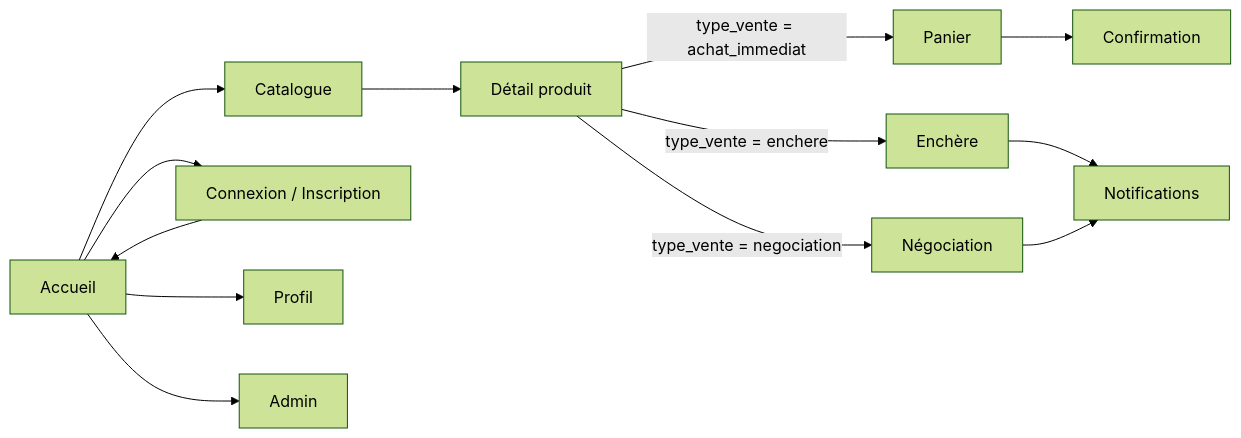
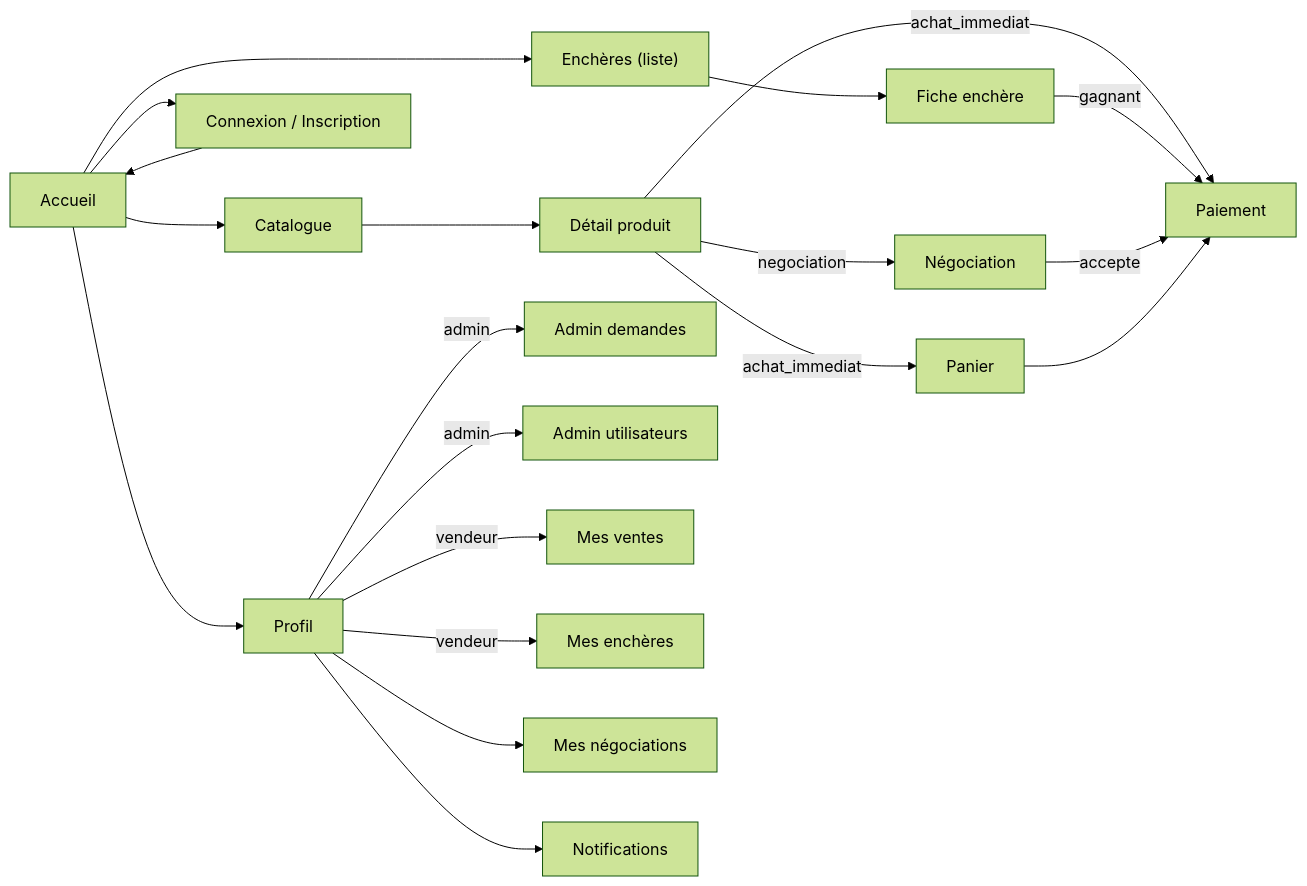
The second of 13 diagrams in docs/architecture.md (zendarc147/Mercato-Nova), drawn with Mermaid (forest theme) before and after one commit. The commit also changed other lines of this file and 33 other files, not shown here.

Commit message:
feat: intégration finale livrable 2 — pages, API, notifications, profil, admin

````diff
--- a/docs/architecture.md
+++ b/docs/architecture.md
@@ -84,15 +100,22 @@
 ```mermaid
 flowchart LR
     HOME["Accueil"] --> CAT["Catalogue"]
+    HOME --> ENC_LIST["Enchères (liste)"]
     CAT --> PROD["Détail produit"]
-    PROD -->|"type_vente = achat_immediat"| PAN["Panier"]
-    PROD -->|"type_vente = enchere"| ENC["Enchère"]
-    PROD -->|"type_vente = negociation"| NEG["Négociation"]
-    PAN --> CONF["Confirmation"]
-    ENC --> NOT["Notifications"]
-    NEG --> NOT
+    ENC_LIST --> ENC["Fiche enchère"]
+    PROD -->|"achat_immediat"| PAN["Panier"]
+    PROD -->|"achat_immediat"| PAY["Paiement"]
+    PROD -->|"negociation"| NEG["Négociation"]
+    ENC -->|"gagnant"| PAY
+    NEG -->|"accepte"| PAY
+    PAN --> PAY
     HOME --> CONN["Connexion / Inscription"]
     CONN --> HOME
     HOME --> PRF["Profil"]
-    HOME --> ADM["Admin"]
+    PRF -->|"admin"| ADM_D["Admin demandes"]
+    PRF -->|"admin"| ADM_U["Admin utilisateurs"]
+    PRF -->|"vendeur"| MV["Mes ventes"]
+    PRF -->|"vendeur"| ME["Mes enchères"]
+    PRF --> MN["Mes négociations"]
+    PRF --> NOT["Notifications"]
 ```
````
